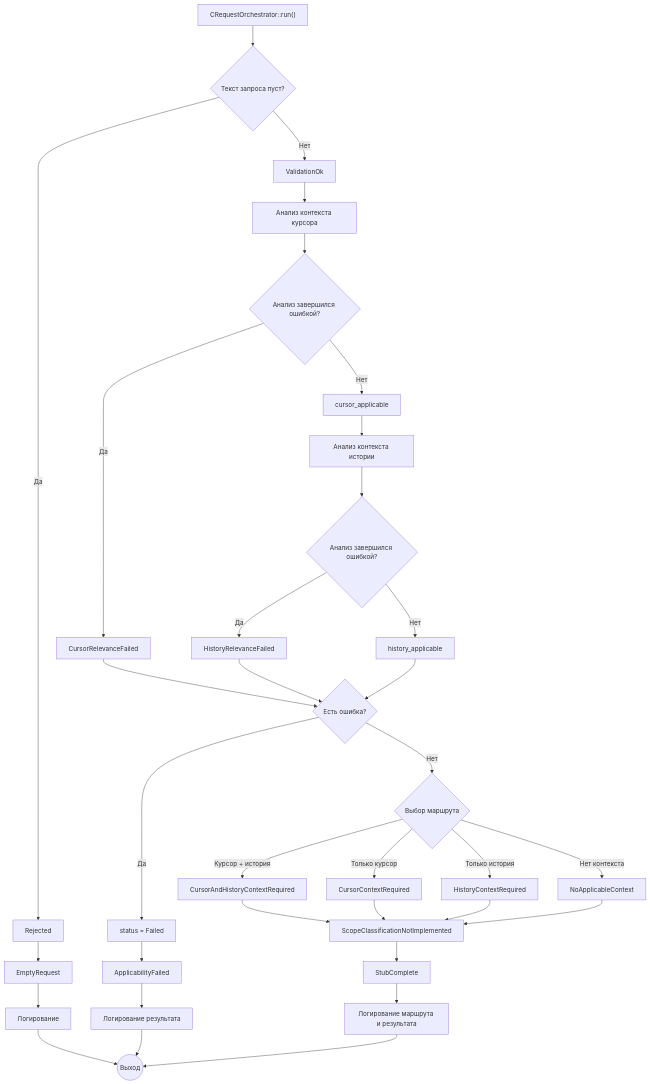
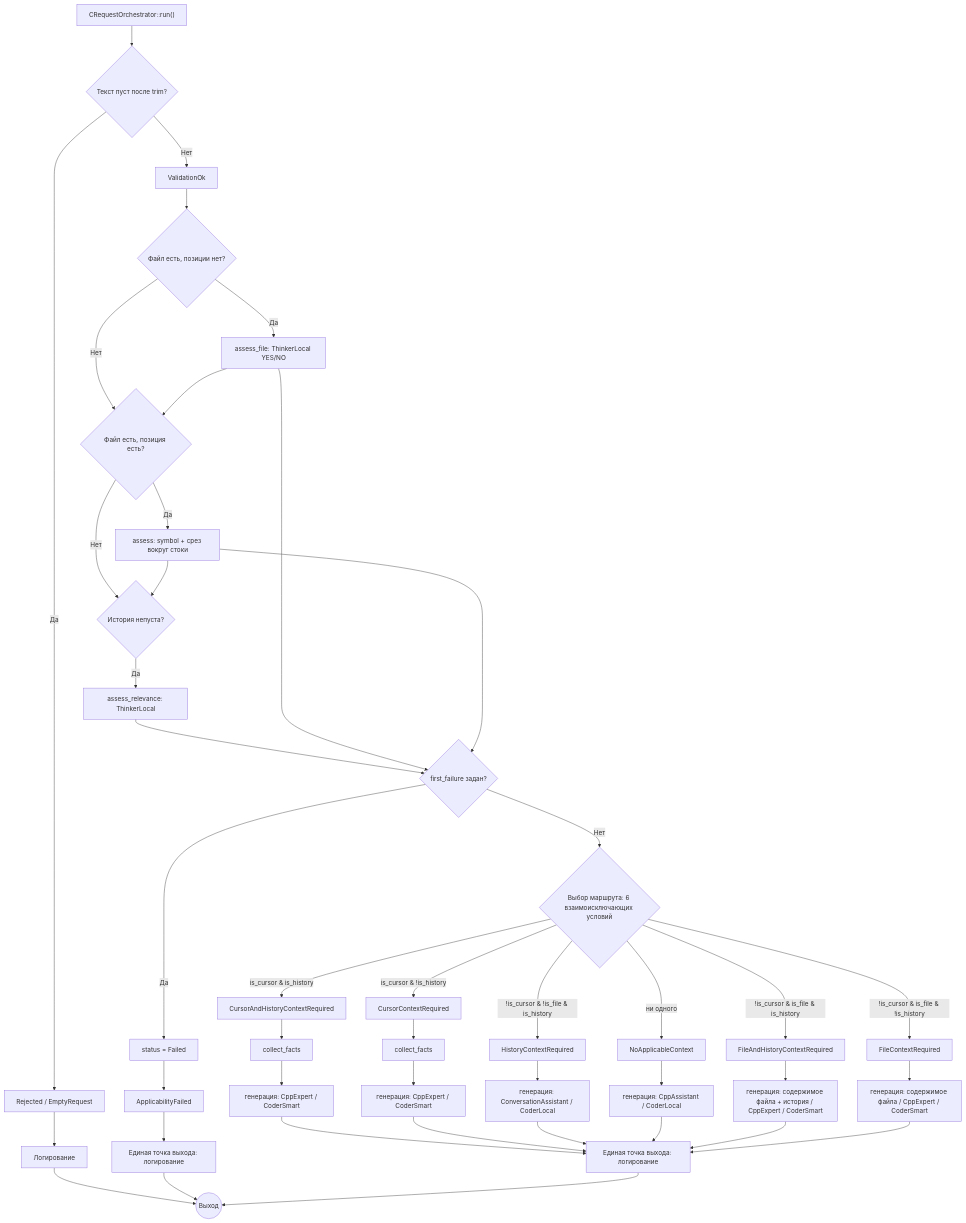
Before and after one commit to Nechitaylenko-aa/isolatingServer: the diagram in plans/request_orchestration_redesign.md, drawn with Mermaid. The commit also changed other lines of this file and 93 other files, not shown here.

````diff
--- a/plans/request_orchestration_redesign.md
+++ b/plans/request_orchestration_redesign.md
@@ -133,46 +137,55 @@
 ```mermaid
 flowchart TD
-    A["CRequestOrchestrator::run()"] --> B{"Текст запроса пуст?"}
+    A["CRequestOrchestrator::run()"] --> B{"Текст пуст после trim?"}
 
-    B -- Да --> C["Rejected"]
-    C --> D["EmptyRequest"]
-    D --> E["Логирование"]
+    B -- Да --> C["Rejected / EmptyRequest"]
+    C --> E["Логирование"]
     E --> Z(("Выход"))
 
     B -- Нет --> F["ValidationOk"]
-    F --> G["Анализ контекста курсора"]
 
-    G --> H{"Анализ завершился ошибкой?"}
-    H -- Да --> I["CursorRelevanceFailed"]
-    H -- Нет --> J["cursor_applicable"]
+    F --> FP{"Файл есть, позиции нет?"}
+    FP -- Да --> FA["assess_file: ThinkerLocal YES/NO"]
+    FP -- Нет --> GP{"Файл есть, позиция есть?"}
+    FA --> GP
+    GP -- Да --> GA["assess: symbol + срез вокруг стоки"]
+    GP -- Нет --> KP
 
-    I --> N{"Есть ошибка?"}
-    J --> K["Анализ контекста истории"]
-    K --> L{"Анализ завершился ошибкой?"}
-    L -- Да --> M["HistoryRelevanceFailed"]
-    L -- Нет --> O["history_applicable"]
+    GA --> KP{"История непуста?"}
+    KP -- Да --> KA["assess_relevance: ThinkerLocal"]
 
-    M --> N
-    O --> N
+    KA --> N{"first_failure задан?"}
+    FA --> N
+    GA --> N
 
     N -- Да --> P["status = Failed"]
     P --> Q["ApplicabilityFailed"]
-    Q --> R["Логирование результата"]
+    Q --> R["Единая точка выхода: логирование"]
     R --> Z
 
-    N -- Нет --> S{"Выбор маршрута"}
+    N -- Нет --> S{"Выбор маршрута: 6 взаимоисключающих условий"}
 
-    S -- "Курсор + история" --> T["CursorAndHistoryContextRequired"]
-    S -- "Только курсор" --> U["CursorContextRequired"]
-    S -- "Только история" --> V["HistoryContextRequired"]
-    S -- "Нет контекста" --> W["NoApplicableContext"]
+    S -- "is_cursor & is_history" --> T["CursorAndHistoryContextRequired"]
+    S -- "is_cursor & !is_history" --> U["CursorContextRequired"]
+    S -- "!is_cursor & is_file & is_history" --> FH["FileAndHistoryContextRequired"]
+    S -- "!is_cursor & is_file & !is_history" --> FL["FileContextRequired"]
+    S -- "!is_cursor & !is_file & is_history" --> V["HistoryContextRequired"]
+    S -- "ни одного" --> W["NoApplicableContext"]
 
-    T --> X["ScopeClassificationNotImplemented"]
-    U --> X
-    V --> X
-    W --> X
+    T --> TF["collect_facts"]
+    U --> UF["collect_facts"]
+    V --> VG["генерация: ConversationAssistant / CoderLocal"]
+    W --> WG["генерация: CppAssistant / CoderLocal"]
+    TF --> TG["генерация: CppExpert / CoderSmart"]
+    UF --> UG["генерация: CppExpert / CoderSmart"]
+    FH --> FG["генерация: содержимое файла + история / CppExpert / CoderSmart"]
+    FL --> LG["генерация: содержимое файла / CppExpert / CoderSmart"]
 
-    X --> Y["StubComplete"]
-    Y --> AA["Логирование маршрута и результата"]
+    TG --> AA["Единая точка выхода: логирование"]
+    UG --> AA
+    VG --> AA
+    WG --> AA
+    FG --> AA
+    LG --> AA
     AA --> Z
 ```
````
